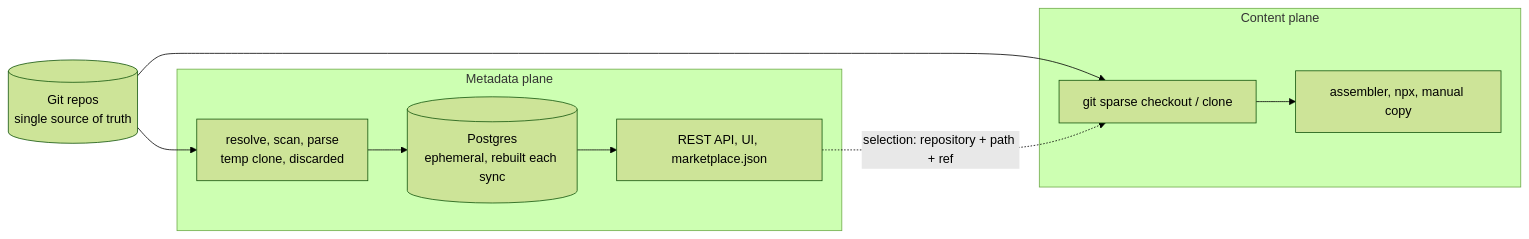
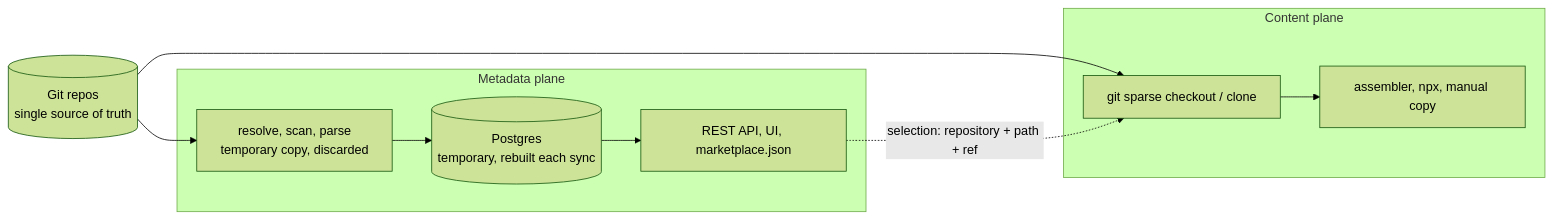
The second of 7 diagrams in proposals/KEP-0005-skills-catalog/skill-catalog-architecture.md (kubeflow/hub), drawn with Mermaid (forest theme) before and after one commit. The commit also changed other lines of this file and 1 other file, not shown here.

````diff
--- a/proposals/KEP-0005-skills-catalog/skill-catalog-architecture.md
+++ b/proposals/KEP-0005-skills-catalog/skill-catalog-architecture.md
@@ -30,13 +30,13 @@
 ```mermaid
 flowchart LR
     REPOS[("Git repos<br/>single source of truth")]
     subgraph meta["Metadata plane"]
-        SCAN["resolve, scan, parse<br/>temp clone, discarded"] --> PG[("Postgres<br/>ephemeral, rebuilt each sync")] --> API["REST API, UI, marketplace.json"]
+        SCAN["resolve, scan, parse<br/>temporary copy, discarded"] --> PG[("Postgres<br/>temporary, rebuilt each sync")] --> API["REST API, UI, marketplace.json"]
     end
     subgraph content["Content plane"]
         SPARSE["git sparse checkout / clone"] --> CONS["assembler, npx, manual copy"]
     end
     REPOS --> SCAN
     REPOS --> SPARSE
     API -.->|"selection: repository + path + ref"| SPARSE
 ```
````
